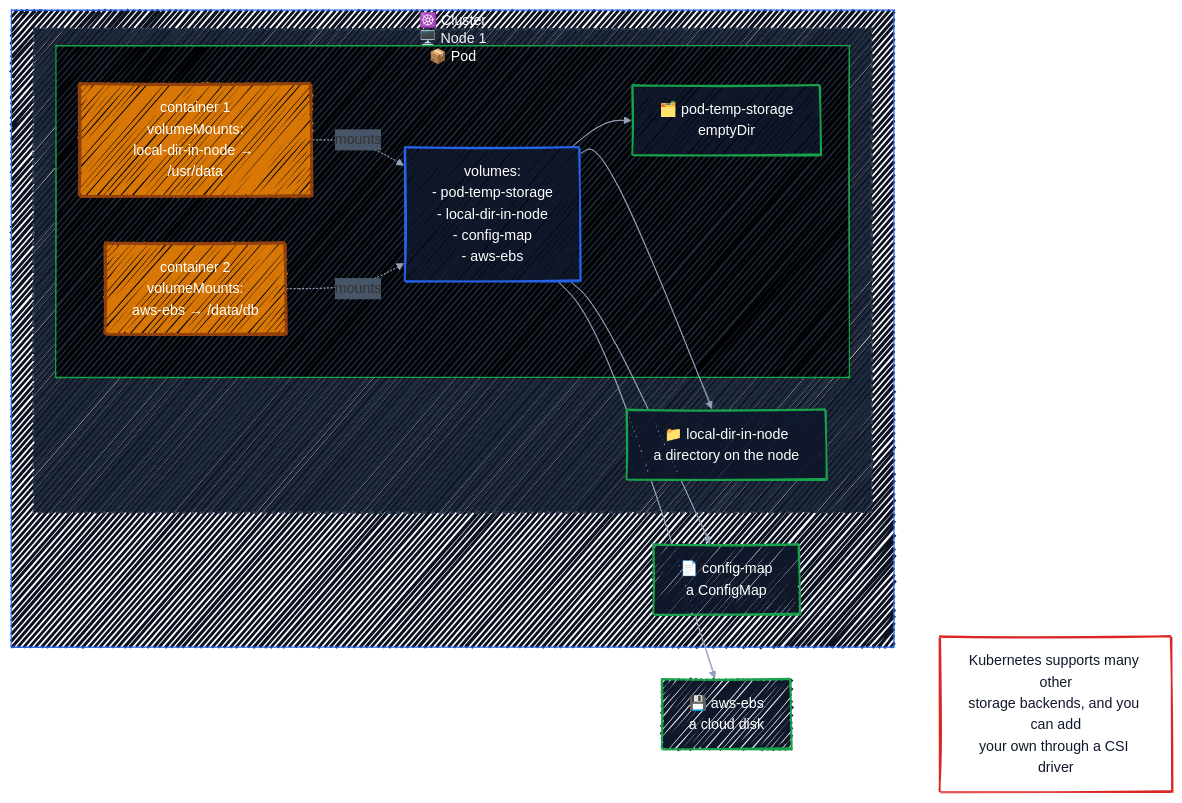
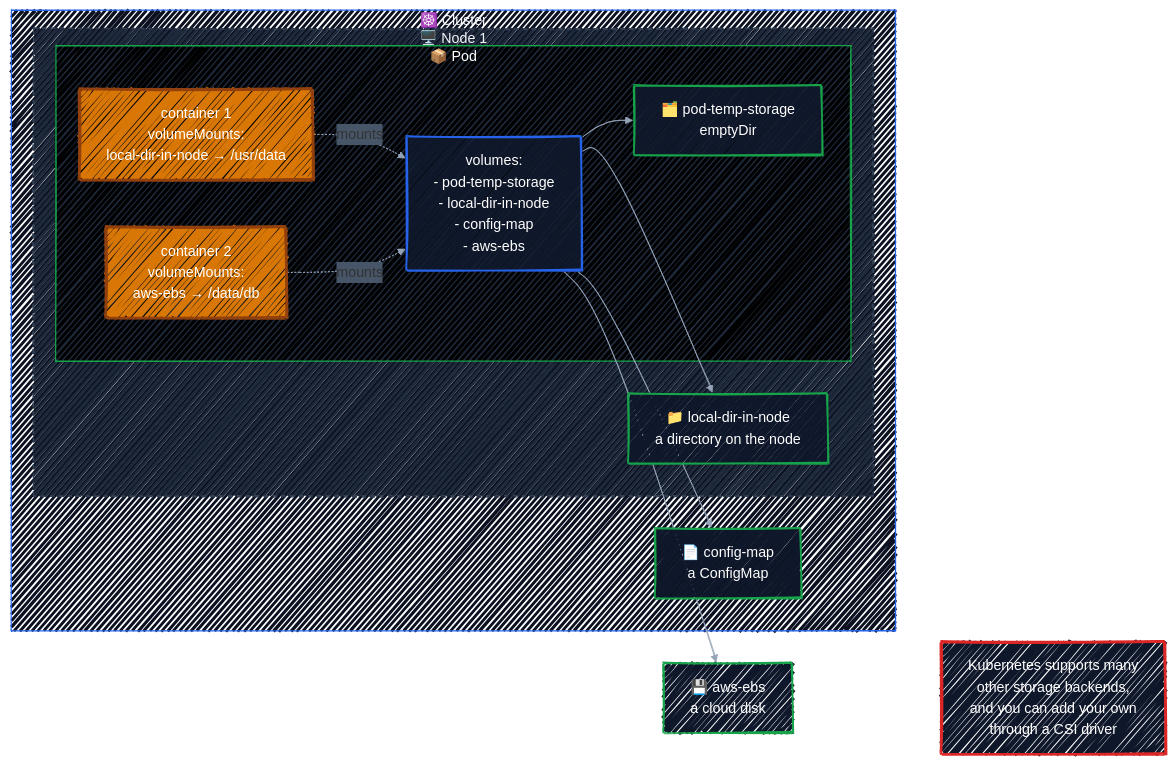
One commit to r97221004/k8s-tutorial changed the diagram in docs/volumes/introduction-to-volumes.md. Above: the diagram before and after it, drawn with Mermaid.

Commit message:
docs: make the volumes diagram's note readable
Give the note a dark solid fill like the other boxes, break its text
into short lines, and widen Mermaid's wrapping so labels don't break
mid-word.

````diff
--- a/docs/volumes/introduction-to-volumes.md
+++ b/docs/volumes/introduction-to-volumes.md
@@ -48,49 +48,52 @@
 ```mermaid
 ---
 config:
   look: handDrawn
   theme: default
   themeVariables:
     fontFamily: '"Comic Sans MS", "Comic Sans", "Segoe Print", "Bradley Hand", cursive'
     lineColor: '#94A3B8'
     edgeLabelBackground: '#475569'
   themeCSS: |
     .edgeLabel, .edgeLabel p, .edgeLabel span { color: #FFFFFF !important; }
+  flowchart:
+    wrappingWidth: 400
 ---
 flowchart LR
     subgraph cluster["☸️ Cluster"]
         subgraph node["🖥️ Node 1"]
             subgraph pod["📦 Pod"]
                 vols["volumes:<br/>- pod-temp-storage<br/>- local-dir-in-node<br/>- config-map<br/>- aws-ebs"]
                 c1["container 1<br/>volumeMounts:<br/>local-dir-in-node → /usr/data"]
                 c2["container 2<br/>volumeMounts:<br/>aws-ebs → /data/db"]
                 tmp["🗂️ pod-temp-storage<br/>emptyDir"]
             end
             local["📁 local-dir-in-node<br/>a directory on the node"]
         end
         cm["📄 config-map<br/>a ConfigMap"]
     end
     ebs["💾 aws-ebs<br/>a cloud disk"]
-    note["Kubernetes supports many other<br/>storage backends, and you can add<br/>your own through a CSI driver"]
+    note["Kubernetes supports many<br/>other storage backends,<br/>and you can add your own<br/>through a CSI driver"]
 
     c1 -.->|mounts| vols
     c2 -.->|mounts| vols
     vols --> tmp
     vols --> local
     vols --> cm
     vols --> ebs
     ebs ~~~ note
 
     classDef ctrl fill:#0F172A,stroke:#2563EB,stroke-width:2px,color:#FFFFFF
     classDef eng fill:#D97706,stroke:#92400E,stroke-width:3px,color:#FFFFFF
     classDef tgt fill:#0F172A,stroke:#16A34A,stroke-width:2px,color:#FFFFFF
-    classDef memo fill:#FFFFFF,stroke:#DC2626,stroke-width:2px,color:#0F172A
+    classDef memo fill:#0F172A,stroke:#DC2626,stroke-width:3px,color:#FFFFFF
     class c1,c2 eng
     class vols ctrl
     class tmp,local,cm,ebs tgt
     class note memo
 
     style cluster fill:#0B1120,stroke:#2563EB,color:#F1F5F9,fillStyle:solid
     style node fill:#1E293B,stroke:#334155,stroke-dasharray:5 5,color:#F1F5F9,fillStyle:solid
     style pod fill:#000000,stroke:#16A34A,color:#FFFFFF,fillStyle:solid
+    style note fillStyle:solid
 ```
````
